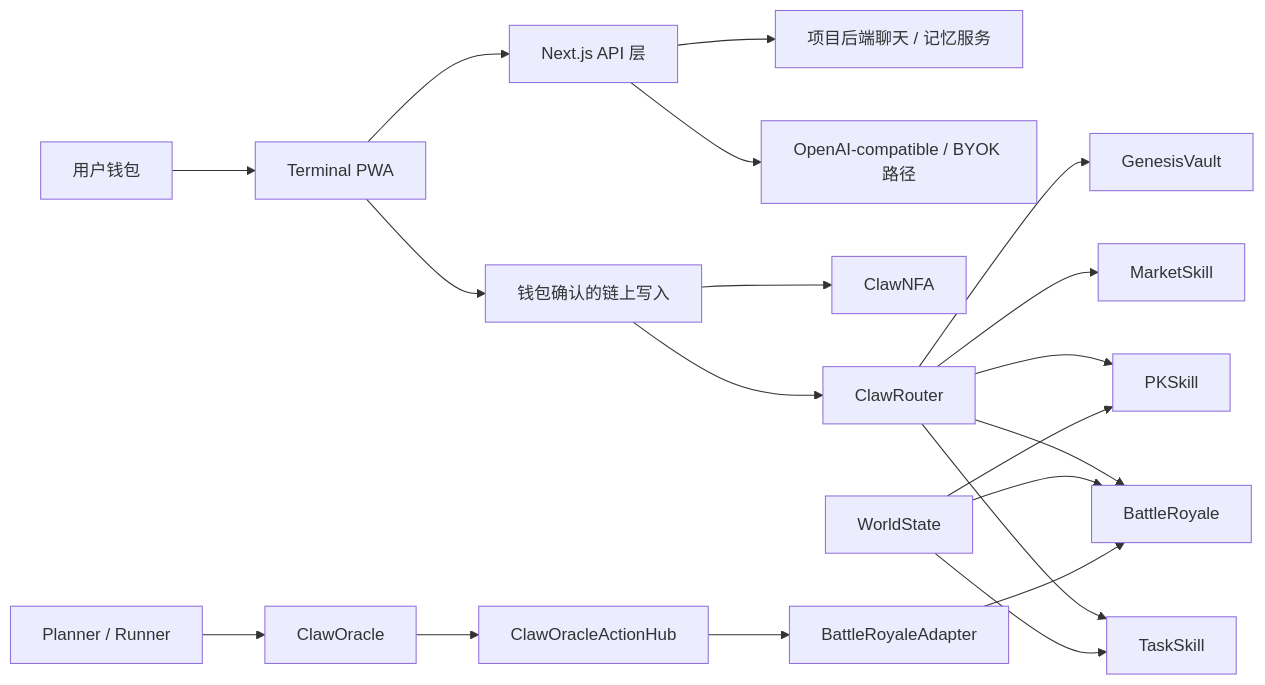
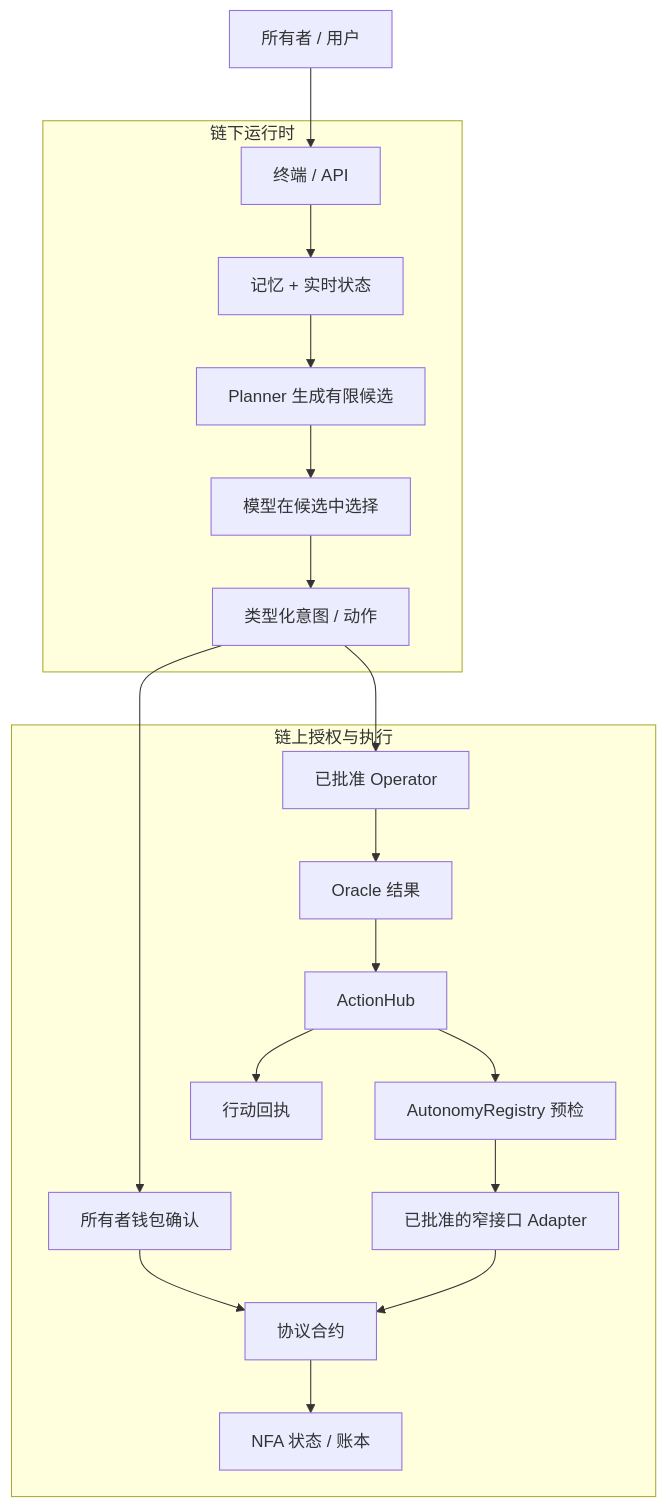
Before and after one commit to fa762/ClaworldNfa: the fifth of 6 diagrams in README.md, drawn with Mermaid. The commit also changed other lines of this file and 32 other files, not shown here.

````diff
--- a/README.md
+++ b/README.md
@@ -769,22 +808,22 @@
 ```mermaid
-flowchart LR
-  A["用户钱包"] --> B["Terminal PWA"]
-  B --> C["Next.js API 层"]
-  C --> D["项目后端聊天 / 记忆服务"]
-  C --> E["OpenAI-compatible / BYOK 路径"]
-  B --> F["钱包确认的链上写入"]
-  F --> G["ClawNFA"]
-  F --> H["ClawRouter"]
-  H --> I["TaskSkill"]
-  H --> J["PKSkill"]
-  H --> K["BattleRoyale"]
-  H --> L["MarketSkill"]
-  H --> M["GenesisVault"]
-  N["WorldState"] --> I
-  N --> J
-  N --> K
-  O["Planner / Runner"] --> P["ClawOracle"]
-  P --> Q["ClawOracleActionHub"]
-  Q --> R["BattleRoyaleAdapter"]
-  R --> K
+flowchart TB
+  U["所有者 / 用户"] --> T["终端 / API"]
+  subgraph OFF["链下运行时"]
+    T --> M["记忆 + 实时状态"]
+    M --> P["Planner 生成有限候选"]
+    P --> L["模型在候选中选择"]
+    L --> I["类型化意图 / 动作"]
+  end
+  I --> W["所有者钱包确认"]
+  I --> O["已批准 Operator"]
+  subgraph ON["链上授权与执行"]
+    W --> S["协议合约"]
+    O --> R["Oracle 结果"]
+    R --> H["ActionHub"]
+    H --> G["AutonomyRegistry 预检"]
+    G --> A["已批准的窄接口 Adapter"]
+    A --> S
+    S --> N["NFA 状态 / 账本"]
+    H --> Q["行动回执"]
+  end
 ```
````
